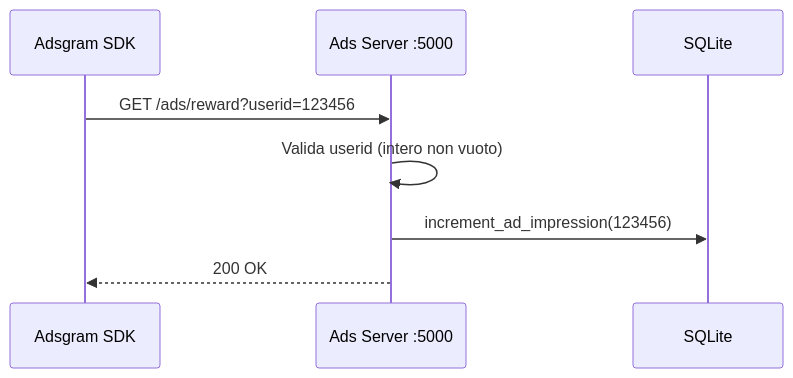
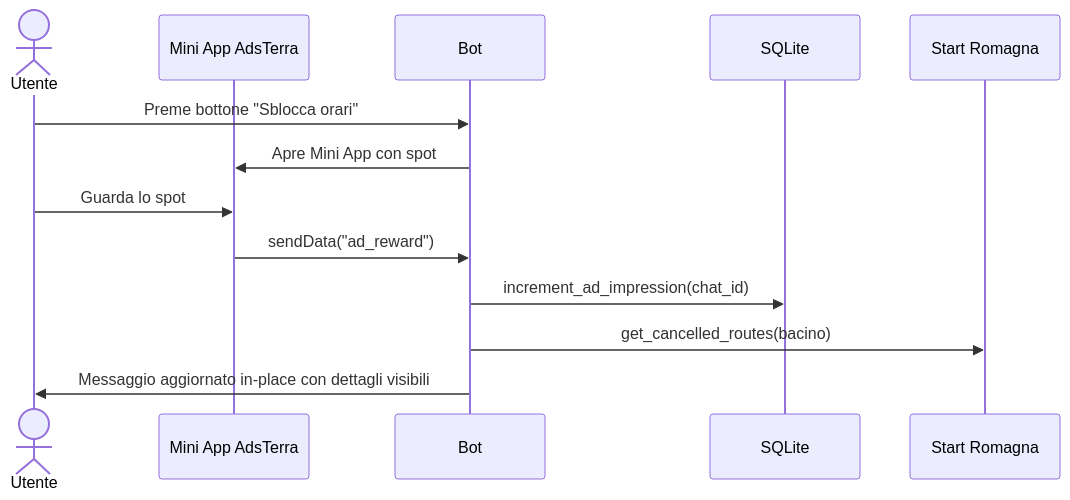
Before and after one commit to Ceccaa/BusBot: the fifth of 6 diagrams in README.md, drawn with Mermaid. The commit also changed other lines of this file and 11 other files, not shown here.

Commit message:
refactor: clean code audit, fix realtime bug, remove dead code, rename to AdsTerra

````diff
--- a/README.md
+++ b/README.md
@@ -173,11 +385,16 @@
 ```mermaid
 sequenceDiagram
-    participant AG as Adsgram SDK
-    participant SRV as Ads Server :5000
+    actor U as Utente
+    participant WA as Mini App AdsTerra
+    participant B as Bot
     participant DB as SQLite
+    participant SR as Start Romagna
 
-    AG->>SRV: GET /ads/reward?userid=123456
-    SRV->>SRV: Valida userid (intero non vuoto)
-    SRV->>DB: increment_ad_impression(123456)
-    SRV-->>AG: 200 OK
+    U->>B: Preme bottone "Sblocca orari"
+    B->>WA: Apre Mini App con spot
+    U->>WA: Guarda lo spot
+    WA->>B: sendData("ad_reward")
+    B->>DB: increment_ad_impression(chat_id)
+    B->>SR: get_cancelled_routes(bacino)
+    B->>U: Messaggio aggiornato in-place con dettagli visibili
 ```
````
